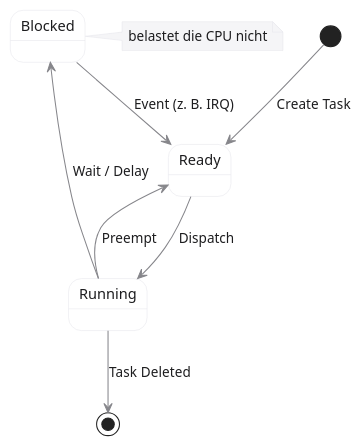
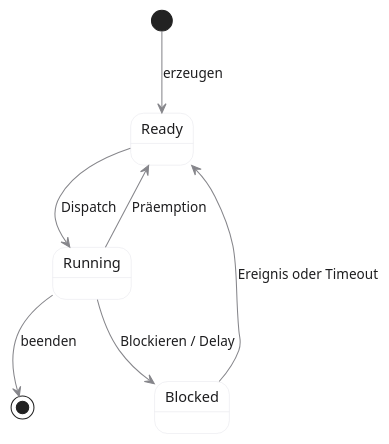
Before and after one commit to dantschi/echtzeitsysteme: the third of 8 diagrams in vorlesungen/02_scheduling-theorie.qmd, drawn with PlantUML. The commit also changed other lines of this file and 1 other file, not shown here.

````diff
--- a/vorlesungen/02_scheduling-theorie.qmd
+++ b/vorlesungen/02_scheduling-theorie.qmd
@@ -220,24 +278,16 @@
 ```{.plantuml}
 @startuml
 skinparam backgroundColor transparent
 skinparam defaultFontName "Inter, sans-serif"
 skinparam defaultFontColor #1D1D1F
 skinparam ArrowColor #86868B
-skinparam NoteBackgroundColor #F5F5F7
-skinparam NoteBorderColor #E5E5EA
 skinparam StateBackgroundColor #FFFFFF
 skinparam StateBorderColor #E5E5EA
-skinparam StateFontColor #1D1D1F
-
-[*] --> Ready : Create Task
+[*] --> Ready : erzeugen
 Ready --> Running : Dispatch
-Running --> Ready : Preempt
-Running --> Blocked : Wait / Delay
-Blocked --> Ready : Event (z. B. IRQ)
-Running --> [*] : Task Deleted
-
-note right of Blocked
-  belastet die CPU nicht
-end note
+Running --> Ready : Präemption
+Running --> Blocked : Blockieren / Delay
+Blocked --> Ready : Ereignis oder Timeout
+Running --> [*] : beenden
 @enduml
 ```
````
